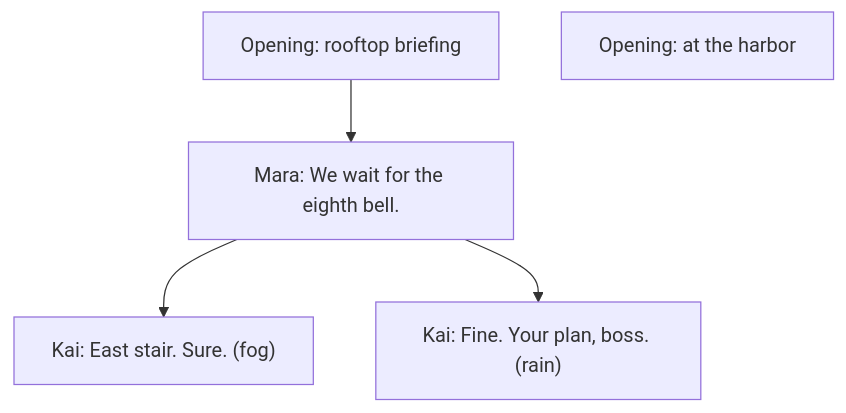
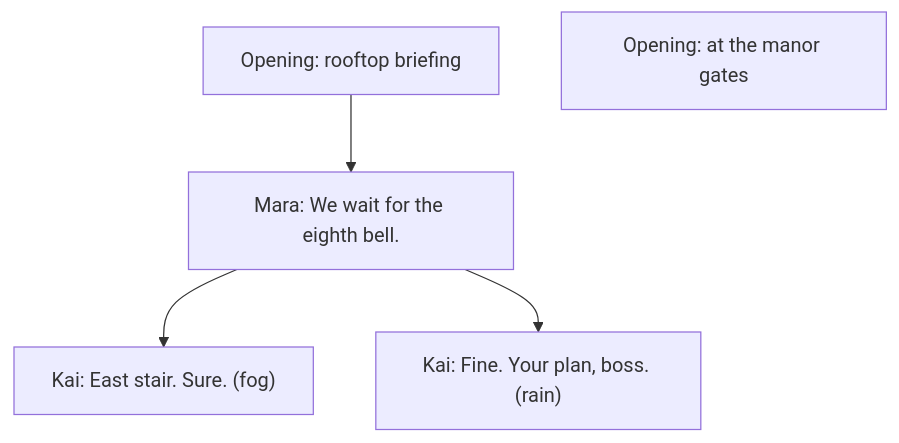
Before and after one commit to TroupesAI/troupe: the diagram in guides/beginners.md, drawn with Mermaid. The commit also changed other lines of this file and 114 other files, not shown here.

````diff
--- a/guides/beginners.md
+++ b/guides/beginners.md
@@ -298,7 +304,7 @@
 ```mermaid
 flowchart TD
   O1["Opening: rooftop briefing"] --> P2["Mara: We wait for the eighth bell."]
   P2 --> K3["Kai: East stair. Sure. (fog)"]
   P2 --> K4["Kai: Fine. Your plan, boss. (rain)"]
-  O2["Opening: at the harbor"]
+  O2["Opening: at the manor gates"]
 ```
````
